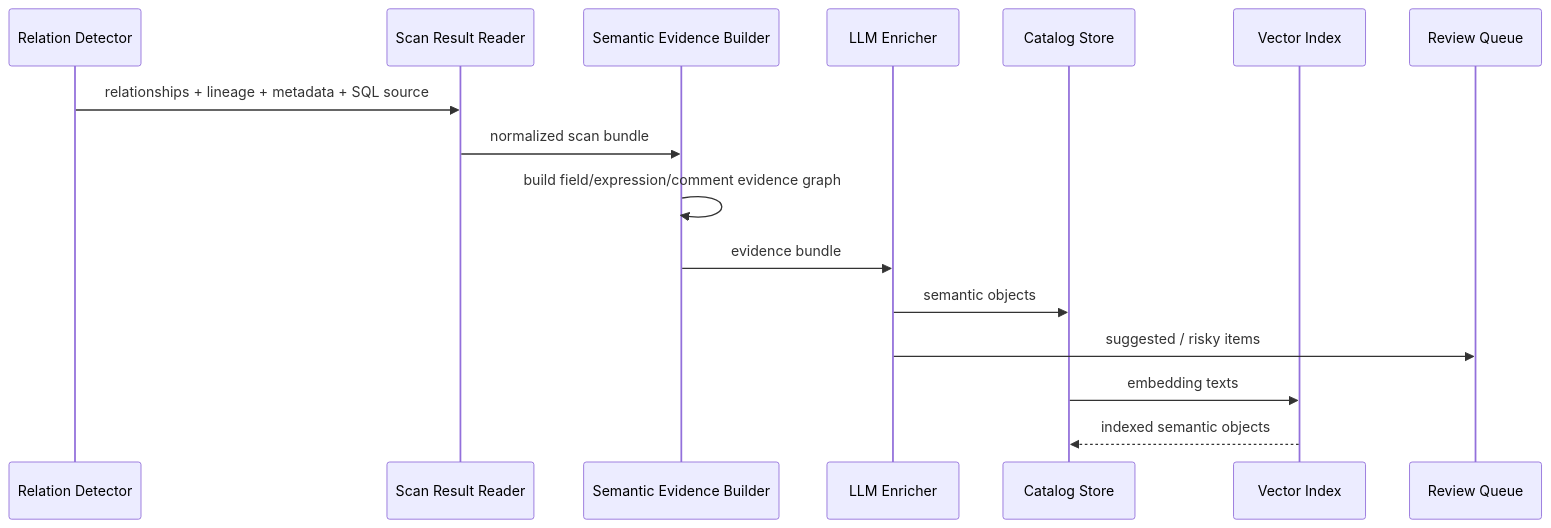
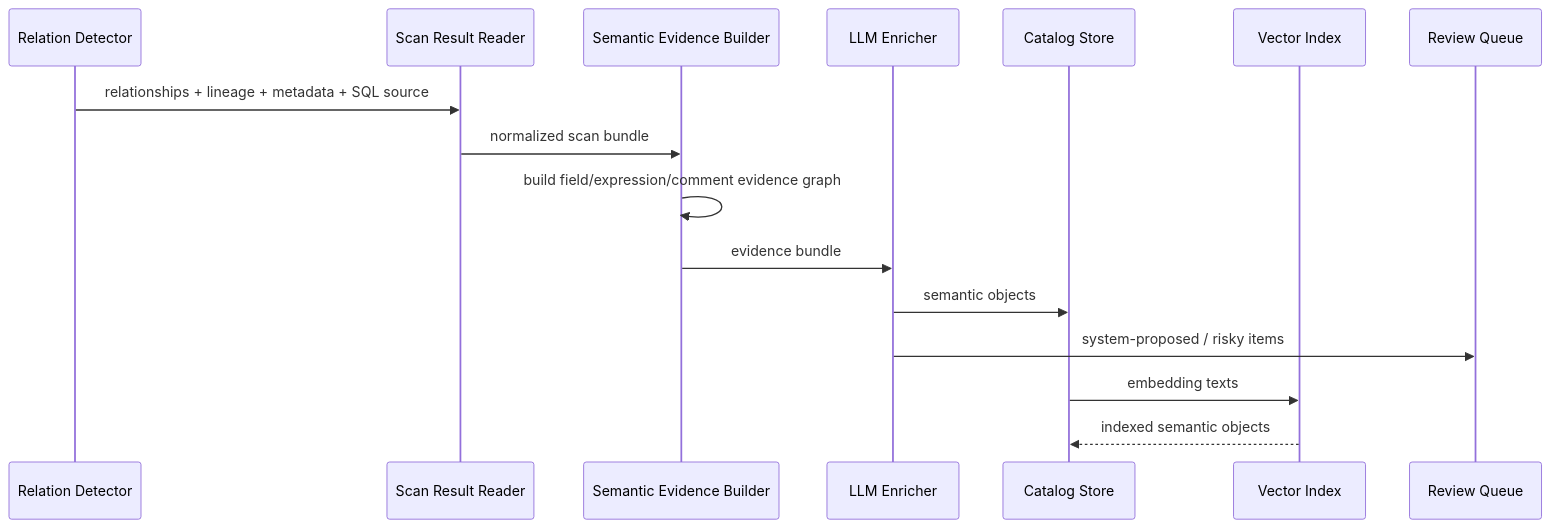
One commit to xiaoguang/relation-detector changed the second of 4 diagrams in docs/design/semantic-layer-overall-design.md. Above: the diagram before and after it, drawn with Mermaid. The commit also changed other lines of this file and 15 other files, not shown here.

````diff
--- a/docs/design/semantic-layer-overall-design.md
+++ b/docs/design/semantic-layer-overall-design.md
@@ -74,19 +75,19 @@
 ```mermaid
 sequenceDiagram
   participant S as Relation Detector
   participant R as Scan Result Reader
   participant E as Semantic Evidence Builder
   participant L as LLM Enricher
   participant C as Catalog Store
   participant V as Vector Index
   participant Q as Review Queue
 
   S->>R: relationships + lineage + metadata + SQL source
   R->>E: normalized scan bundle
   E->>E: build field/expression/comment evidence graph
   E->>L: evidence bundle
   L->>C: semantic objects
-  L->>Q: suggested / risky items
+  L->>Q: system-proposed / risky items
   C->>V: embedding texts
   V-->>C: indexed semantic objects
 ```
````
